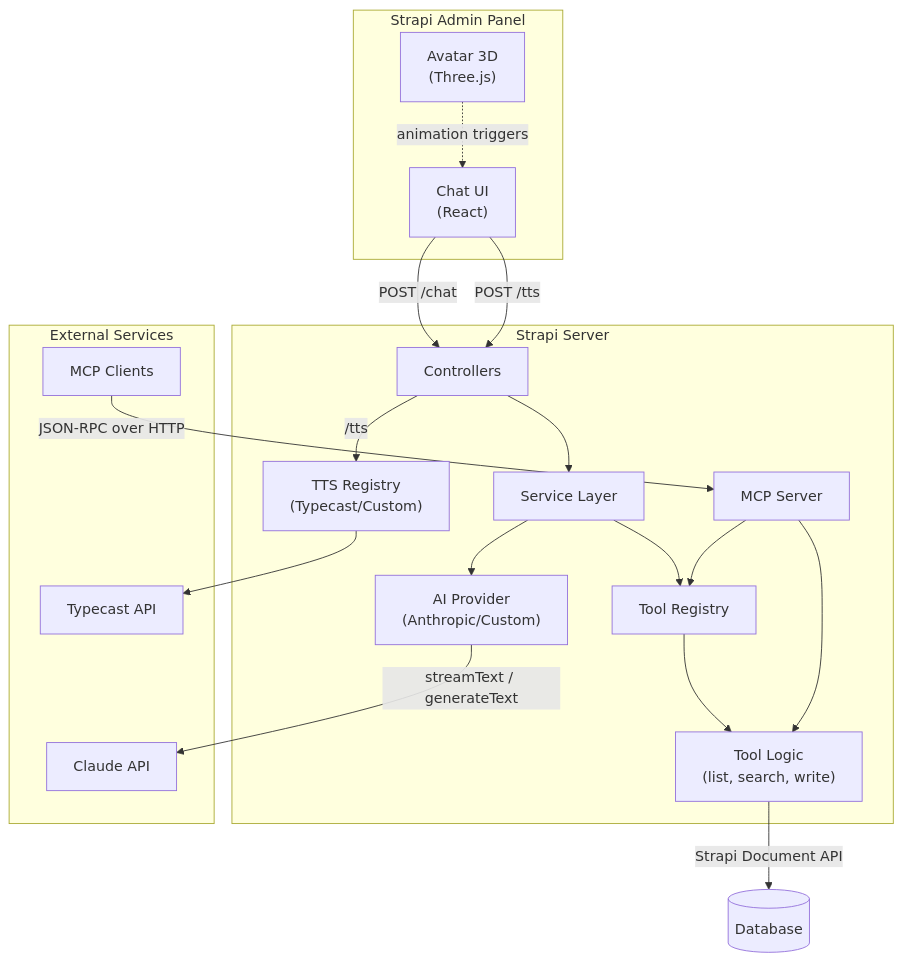
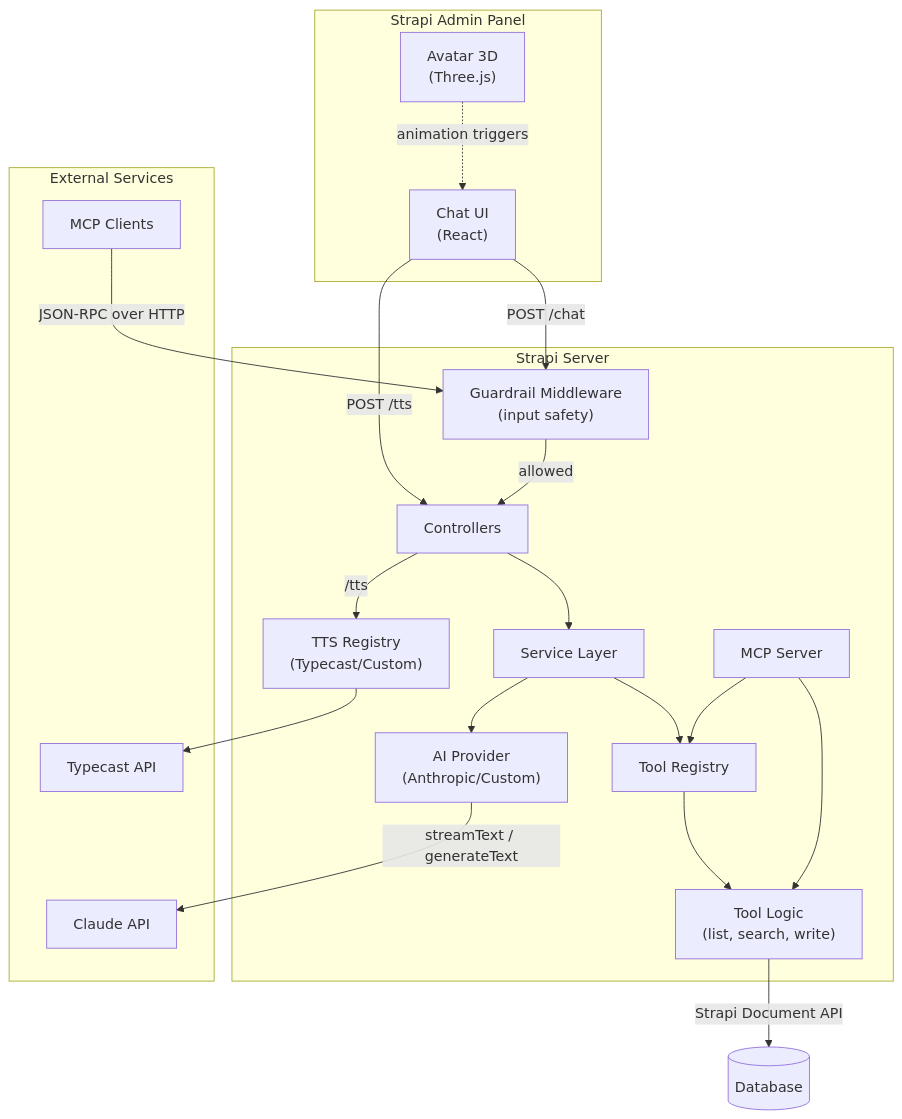
Before and after one commit to PaulBratslavsky/strapi-plugin-ai-sdk: the first of 19 diagrams in docs/architecture.md, drawn with Mermaid. The commit also changed other lines of this file and 16 other files, not shown here.

````diff
--- a/docs/architecture.md
+++ b/docs/architecture.md
@@ -44,38 +49,40 @@
 ```mermaid
 graph TB
     subgraph Admin["Strapi Admin Panel"]
         UI["Chat UI<br/>(React)"]
         Avatar["Avatar 3D<br/>(Three.js)"]
     end
 
     subgraph Server["Strapi Server"]
+        Guardrail["Guardrail Middleware<br/>(input safety)"]
         Controller["Controllers"]
         Service["Service Layer"]
         AIProvider["AI Provider<br/>(Anthropic/Custom)"]
         ToolReg["Tool Registry"]
         MCP["MCP Server"]
         TTS["TTS Registry<br/>(Typecast/Custom)"]
         ToolLogic["Tool Logic<br/>(list, search, write)"]
     end
 
     subgraph External["External Services"]
         Claude["Claude API"]
         TypecastAPI["Typecast API"]
         MCPClient["MCP Clients"]
     end
 
-    UI -->|"POST /chat"| Controller
+    UI -->|"POST /chat"| Guardrail
     UI -->|"POST /tts"| Controller
+    Guardrail -->|"allowed"| Controller
     Controller --> Service
     Service --> AIProvider
     Service --> ToolReg
     AIProvider -->|"streamText / generateText"| Claude
     ToolReg --> ToolLogic
     ToolLogic -->|"Strapi Document API"| DB[(Database)]
     Controller -->|"/tts"| TTS
     TTS --> TypecastAPI
-    MCPClient -->|"JSON-RPC over HTTP"| MCP
+    MCPClient -->|"JSON-RPC over HTTP"| Guardrail
     MCP --> ToolReg
     MCP --> ToolLogic
     Avatar -.->|"animation triggers"| UI
 ```
````
